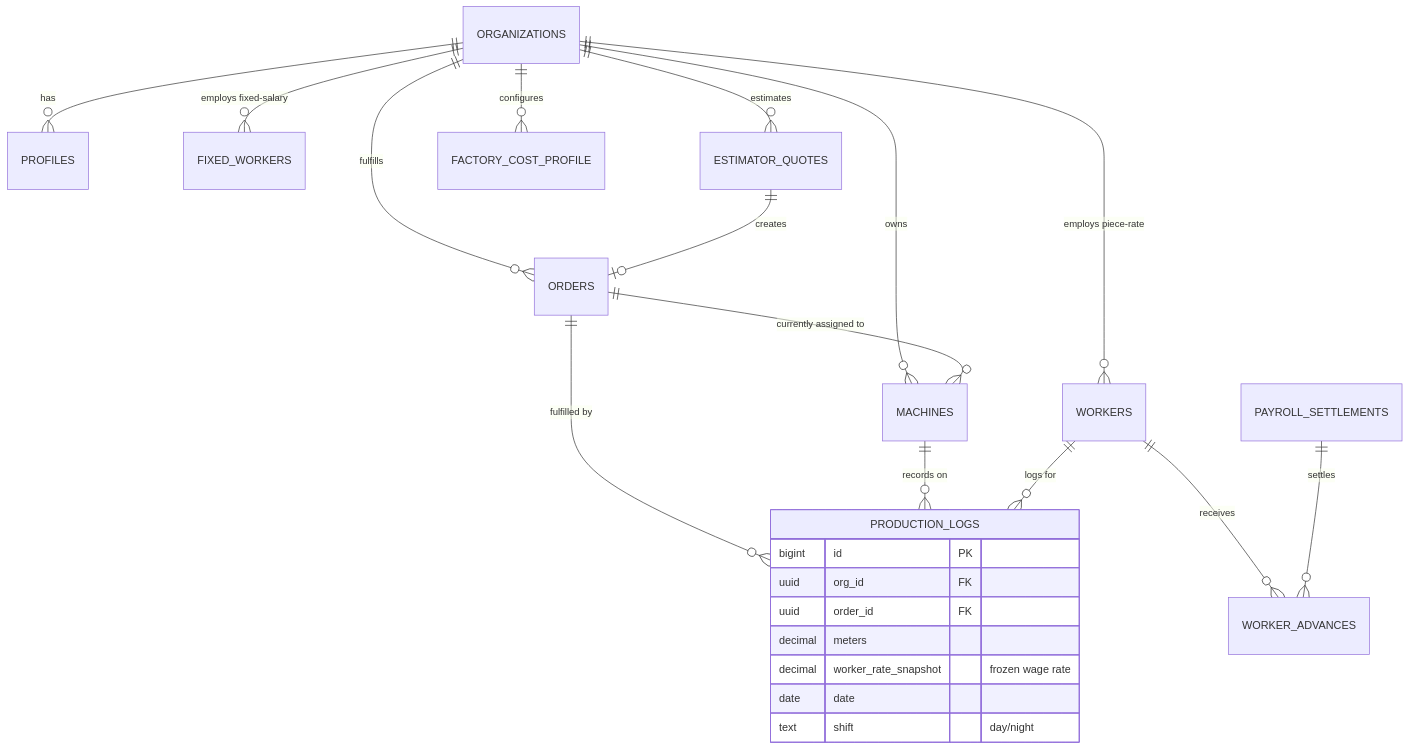
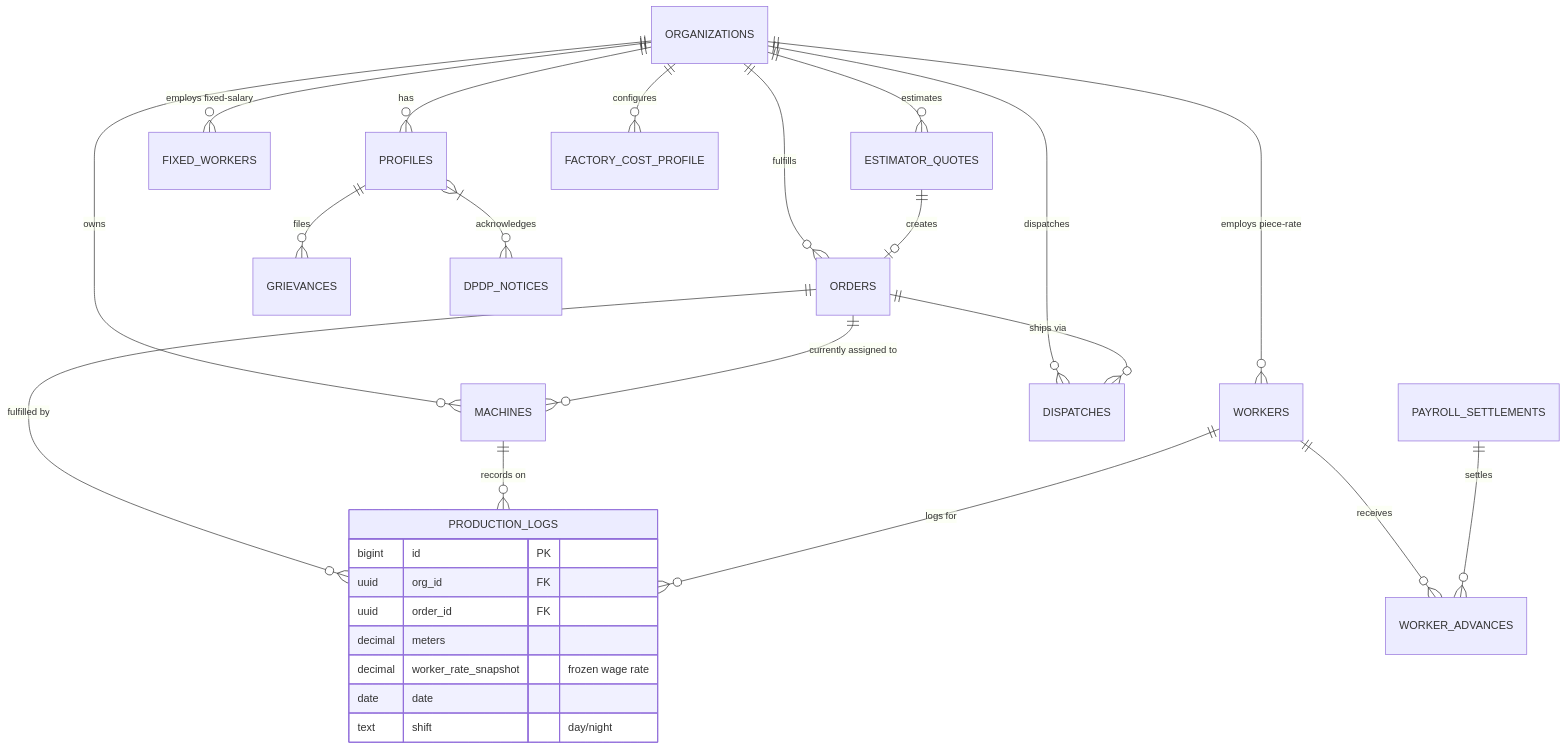
The second of 2 diagrams in TECHNICAL_ANALYSIS.md (Rajp2002/TextileAccounting), drawn with Mermaid before and after one commit. The commit also changed other lines of this file and 32 other files, not shown here.

````diff
--- a/TECHNICAL_ANALYSIS.md
+++ b/TECHNICAL_ANALYSIS.md
@@ -59,31 +59,36 @@
 ```mermaid
 erDiagram
     ORGANIZATIONS ||--o{ PROFILES : "has"
     ORGANIZATIONS ||--o{ WORKERS : "employs piece-rate"
     ORGANIZATIONS ||--o{ FIXED_WORKERS : "employs fixed-salary"
     ORGANIZATIONS ||--o{ MACHINES : "owns"
     ORGANIZATIONS ||--o{ ORDERS : "fulfills"
     ORGANIZATIONS ||--o{ ESTIMATOR_QUOTES : "estimates"
     ORGANIZATIONS ||--o{ FACTORY_COST_PROFILE : "configures"
+    ORGANIZATIONS ||--o{ DISPATCHES : "dispatches"
 
     ESTIMATOR_QUOTES ||--o| ORDERS : "creates"
     
     ORDERS ||--o{ MACHINES : "currently assigned to"
     ORDERS ||--o{ PRODUCTION_LOGS : "fulfilled by"
+    ORDERS ||--o{ DISPATCHES : "ships via"
 
     MACHINES ||--o{ PRODUCTION_LOGS : "records on"
     WORKERS ||--o{ PRODUCTION_LOGS : "logs for"
 
     WORKERS ||--o{ WORKER_ADVANCES : "receives"
     PAYROLL_SETTLEMENTS ||--o{ WORKER_ADVANCES : "settles"
+
+    PROFILES ||--o{ GRIEVANCES : "files"
+    PROFILES }|--o{ DPDP_NOTICES : "acknowledges"
 
     PRODUCTION_LOGS {
         bigint id PK
         uuid org_id FK
         uuid order_id FK
         decimal meters
         decimal worker_rate_snapshot "frozen wage rate"
         date date
         text shift "day/night"
     }
 ```
````
